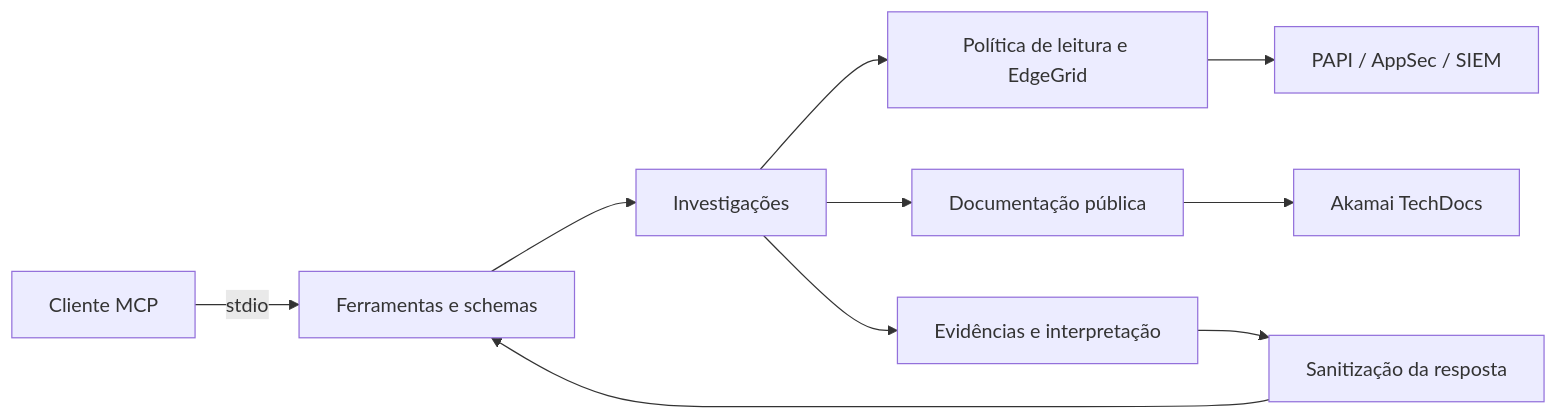
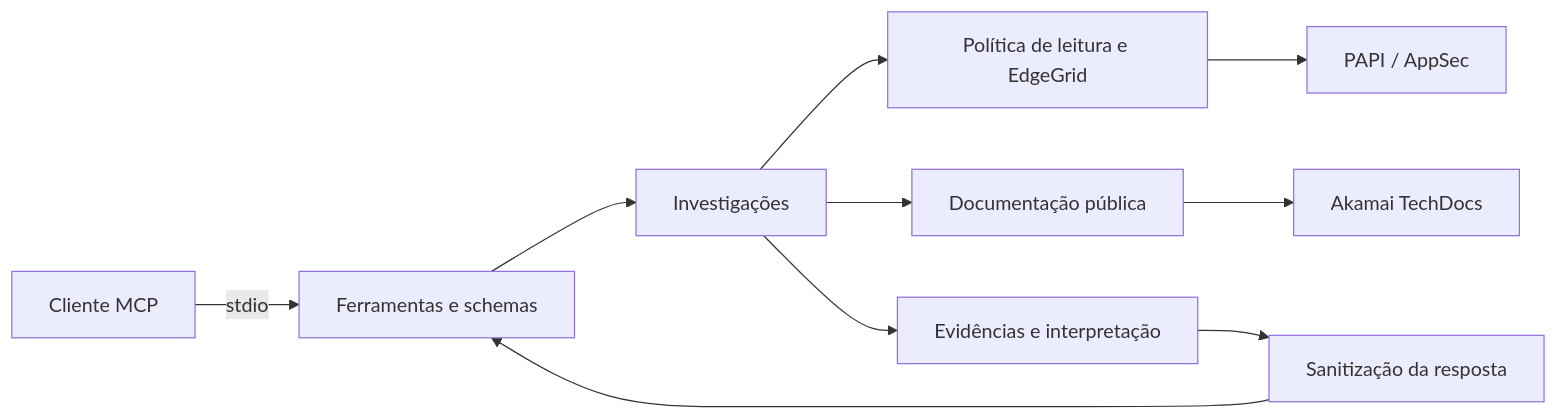
The diagram in docs/architecture.md (felcipriani/akamai-mcp), drawn with Mermaid before and after one commit. The commit also changed other lines of this file and 34 other files, not shown here.

````diff
--- a/docs/architecture.md
+++ b/docs/architecture.md
@@ -5,12 +5,12 @@
 ```mermaid
 flowchart LR
     C[Cliente MCP] -->|stdio| M[Ferramentas e schemas]
     M --> A[Investigações]
     A --> E[Política de leitura e EdgeGrid]
     A --> D[Documentação pública]
-    E --> K[PAPI / AppSec / SIEM]
+    E --> K[PAPI / AppSec]
     D --> T[Akamai TechDocs]
     A --> R[Evidências e interpretação]
     R --> S[Sanitização da resposta]
     S --> M
 ```
````
